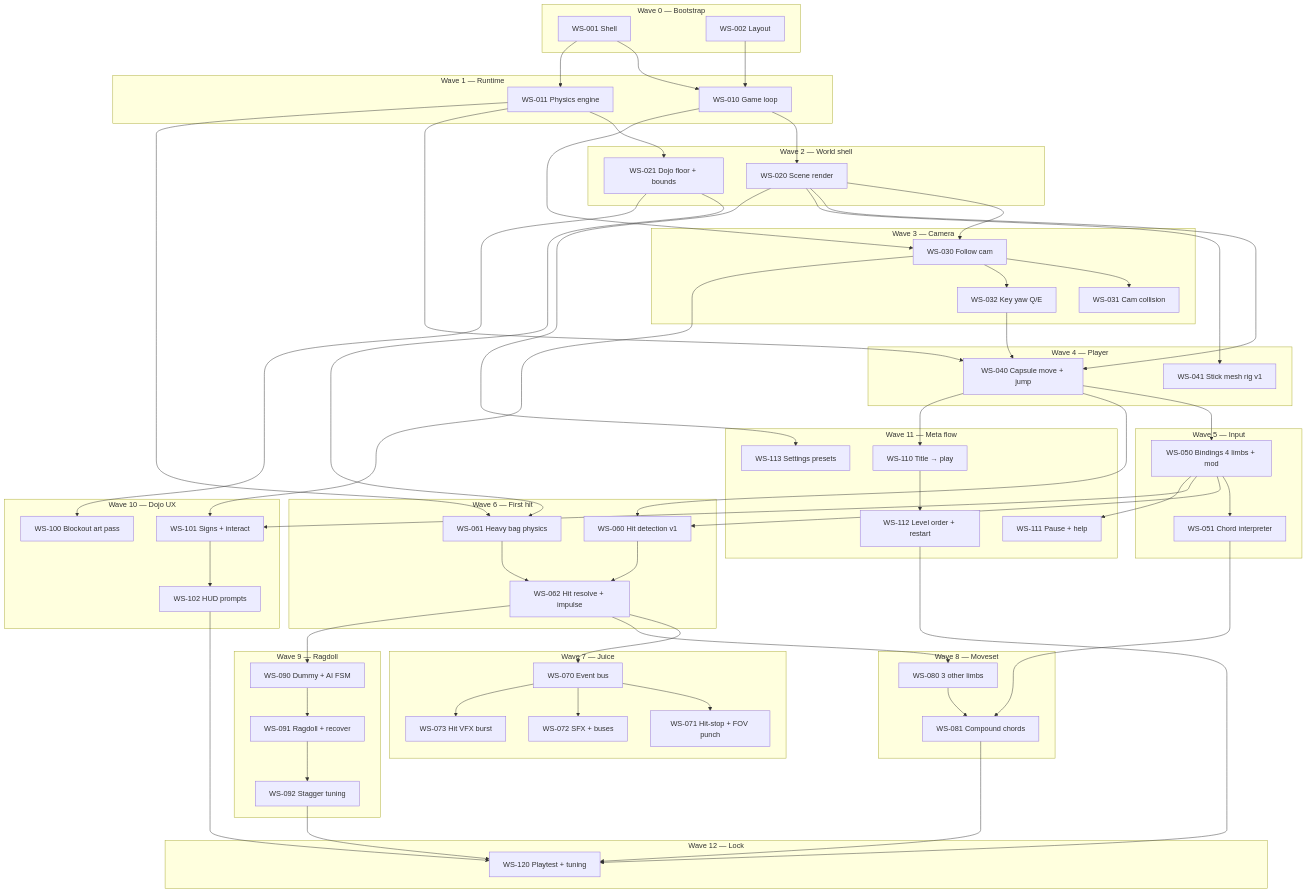
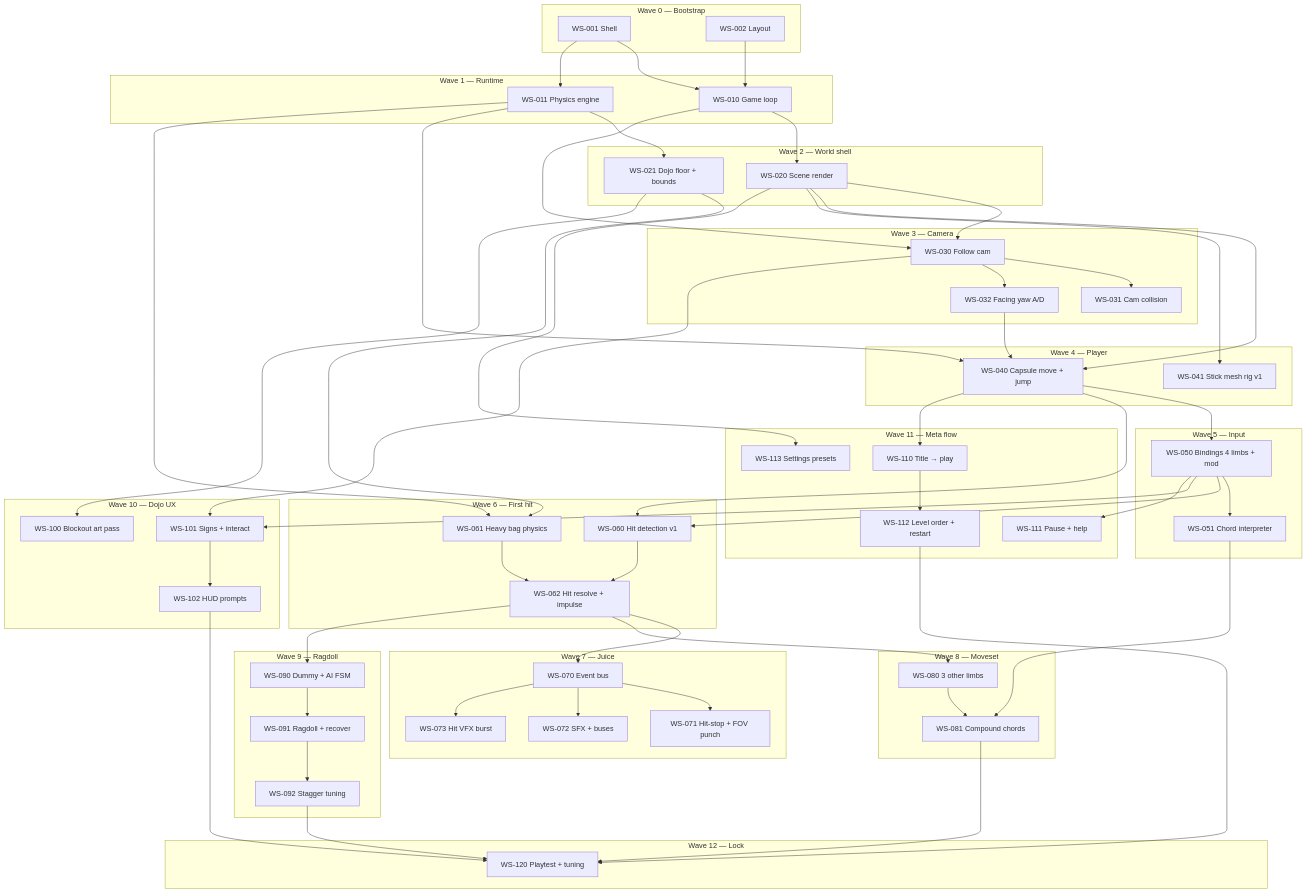
Before and after one commit to MohGanji/john-stick: the diagram in docs/WORK_STREAMS.md, drawn with Mermaid. The commit also changed other lines of this file and 15 other files, not shown here.

```diff
--- a/docs/WORK_STREAMS.md
+++ b/docs/WORK_STREAMS.md
@@ -42,7 +42,7 @@
   subgraph W3["Wave 3 — Camera"]
     WS030[WS-030 Follow cam]
     WS031[WS-031 Cam collision]
-    WS032[WS-032 Key yaw Q/E]
+    WS032[WS-032 Facing yaw A/D]
   end
 
   subgraph W4["Wave 4 — Player"]
```
